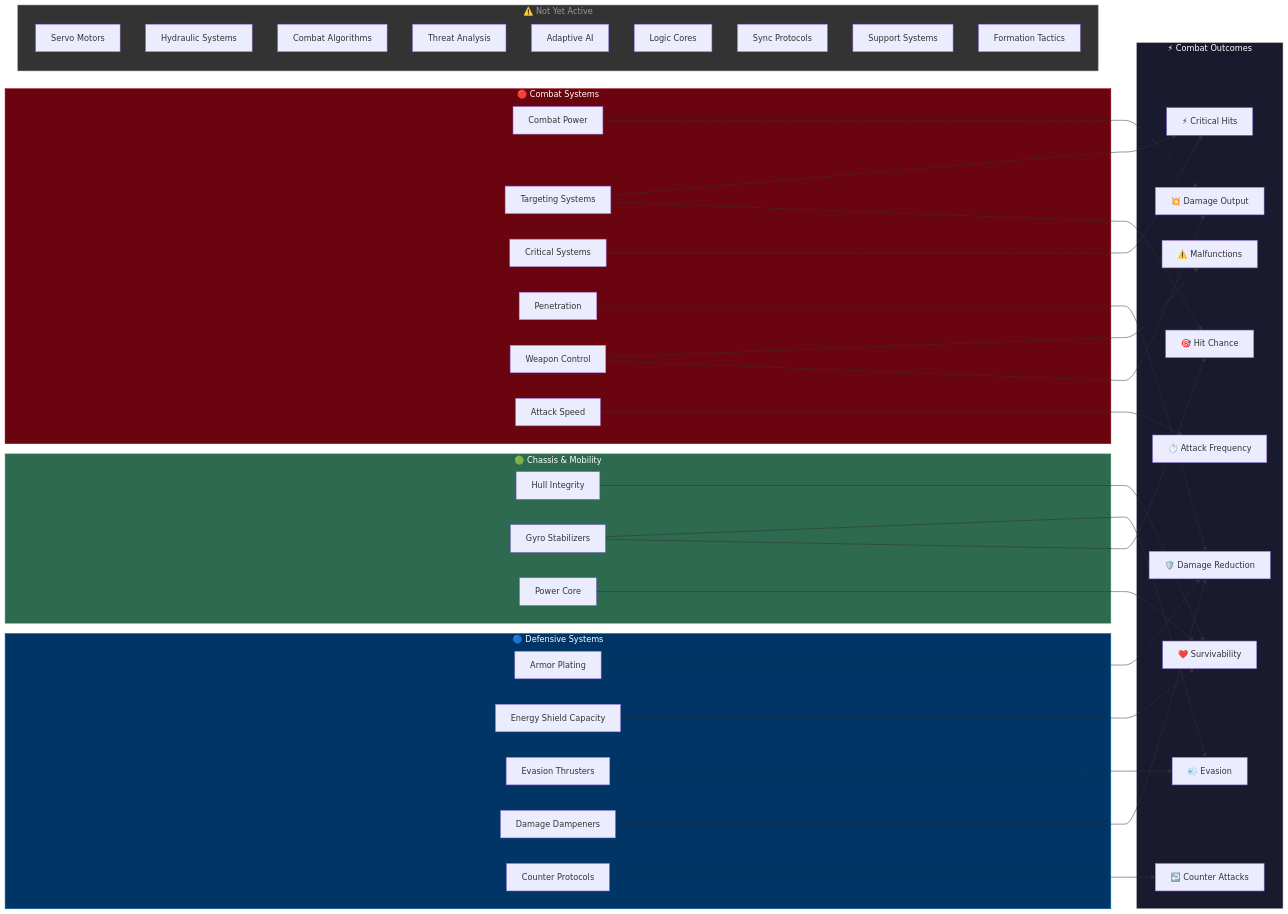
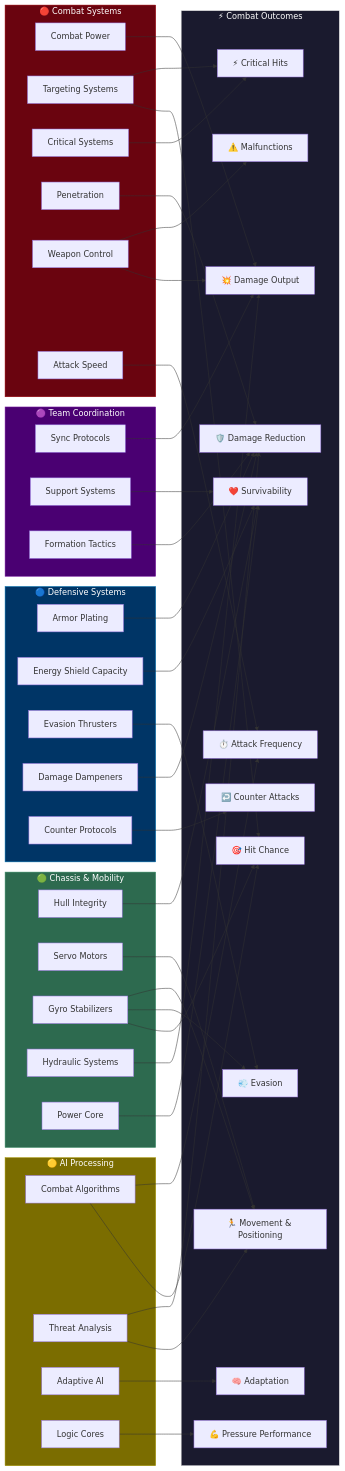
Before and after one commit to RobertTeunissen/ArmouredSouls: the diagram in prototype/backend/src/content/guide/robots/attribute-combat-influence.md, drawn with Mermaid. The commit also changed other lines of this file and 75 other files, not shown here.

````diff
--- a/prototype/backend/src/content/guide/robots/attribute-combat-influence.md
+++ b/prototype/backend/src/content/guide/robots/attribute-combat-influence.md
@@ -41,17 +42,20 @@
 
     subgraph CM["🟢 Chassis & Mobility"]
         HI[Hull Integrity]
+        SM[Servo Motors]
         GS[Gyro Stabilizers]
+        HS[Hydraulic Systems]
         PC[Power Core]
     end
 
-    subgraph INACTIVE["⚠️ Not Yet Active"]
-        SM[Servo Motors]
-        HS[Hydraulic Systems]
+    subgraph AI["🟡 AI Processing"]
         CA[Combat Algorithms]
         TA[Threat Analysis]
         AAI[Adaptive AI]
         LC[Logic Cores]
+    end
+
+    subgraph TC["🟣 Team Coordination"]
         SP[Sync Protocols]
         SS[Support Systems]
         FT[Formation Tactics]
@@ -67,6 +71,9 @@
         CTR["↩️ Counter Attacks"]
         HP["❤️ Survivability"]
         SPD["⏱️ Attack Frequency"]
+        MOV["🏃 Movement & Positioning"]
+        ADAPT["🧠 Adaptation"]
+        PRESS["💪 Pressure Performance"]
     end
 
     CP --> DMG
@@ -86,10 +93,23 @@
     ESC --> HP
     PC --> HP
     AS --> SPD
+    SM --> MOV
+    HS --> DMG
+    GS --> MOV
+    CA --> HIT
+    CA --> SPD
+    TA --> MOV
+    TA --> DEF
+    AAI --> ADAPT
+    LC --> PRESS
+    SP --> DMG
+    SS --> HP
+    FT --> DEF
 
     style CS fill:#6a040f,stroke:#9d0208,color:#fff
     style DS fill:#003566,stroke:#0077b6,color:#fff
     style CM fill:#2d6a4f,stroke:#40916c,color:#fff
-    style INACTIVE fill:#333,stroke:#666,color:#999
+    style AI fill:#7b6d00,stroke:#a69500,color:#fff
+    style TC fill:#4a0072,stroke:#7b1fa2,color:#fff
     style OUT fill:#1a1a2e,stroke:#e0e0e0,color:#fff
 ```
````
